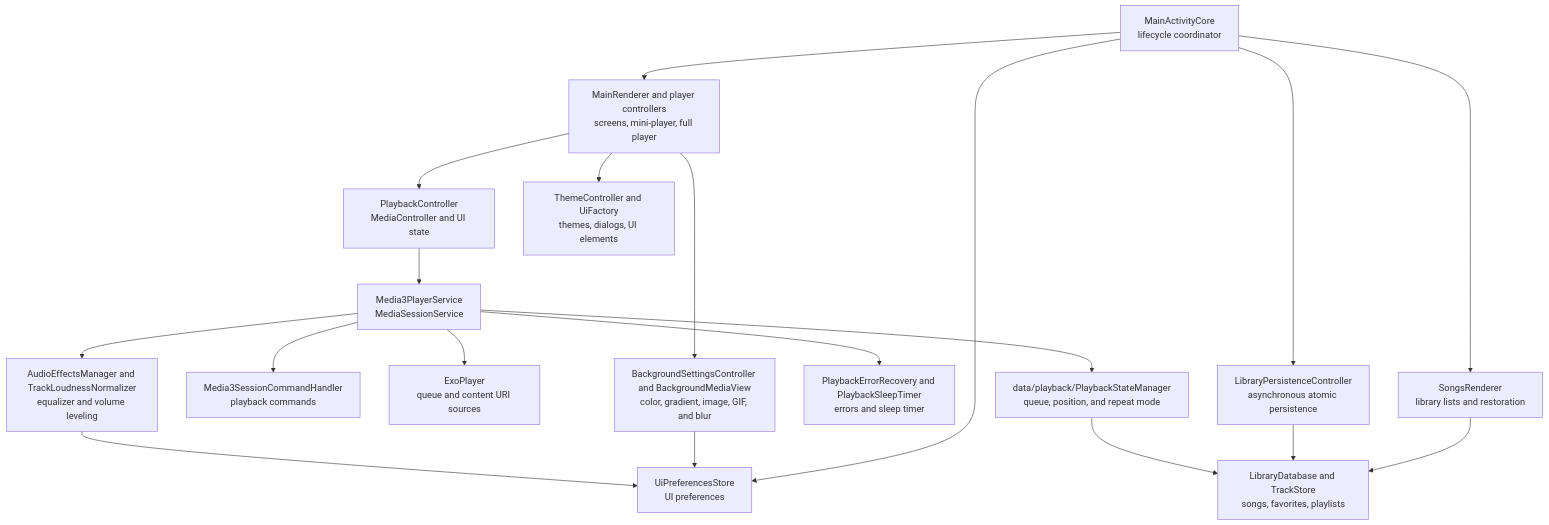
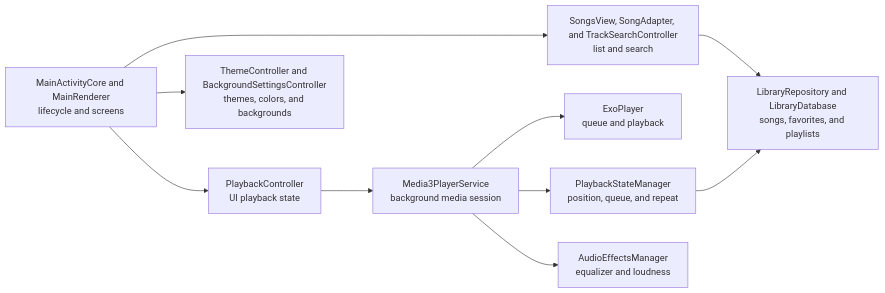
The second of 2 diagrams in README.md (dumuzeyn/MP3-Player-Voltune), drawn with Mermaid before and after one commit. The commit also changed other lines of this file and 1 other file, not shown here.

````diff
--- a/README.md
+++ b/README.md
@@ -177,37 +250,22 @@
 ```mermaid
-flowchart TD
-    ACT["MainActivityCore<br/>lifecycle coordinator"]
-    UI["MainRenderer and player controllers<br/>screens, mini-player, full player"]
-    SONGS["SongsRenderer<br/>library lists and restoration"]
-    CLIENT["PlaybackController<br/>MediaController and UI state"]
-    SERVICE["Media3PlayerService<br/>MediaSessionService"]
-    COMMANDS["Media3SessionCommandHandler<br/>playback commands"]
-    ENGINE["ExoPlayer<br/>queue and content URI sources"]
-    STATE["data/playback/PlaybackStateManager<br/>queue, position, and repeat mode"]
-    RECOVERY["PlaybackErrorRecovery and PlaybackSleepTimer<br/>errors and sleep timer"]
-    DATA["LibraryDatabase and TrackStore<br/>songs, favorites, playlists"]
-    PERSIST["LibraryPersistenceController<br/>asynchronous atomic persistence"]
-    STYLE["ThemeController and UiFactory<br/>themes, dialogs, UI elements"]
-    BACKGROUND["BackgroundSettingsController and BackgroundMediaView<br/>color, gradient, image, GIF, and blur"]
-    AUDIO["AudioEffectsManager and TrackLoudnessNormalizer<br/>equalizer and volume leveling"]
-    PREFS["UiPreferencesStore<br/>UI preferences"]
+flowchart LR
+    UI["MainActivityCore and MainRenderer<br/>lifecycle and screens"]
+    LIB["LibraryRepository and LibraryDatabase<br/>songs, favorites, and playlists"]
+    SONGS["SongsView, SongAdapter, and TrackSearchController<br/>list and search"]
+    CONTROL["PlaybackController<br/>UI playback state"]
+    SERVICE["Media3PlayerService<br/>background media session"]
+    ENGINE["ExoPlayer<br/>queue and playback"]
+    STATE["PlaybackStateManager<br/>position, queue, and repeat"]
+    AUDIO["AudioEffectsManager<br/>equalizer and loudness"]
+    STYLE["ThemeController and BackgroundSettingsController<br/>themes, colors, and backgrounds"]
 
-    ACT --> UI
-    ACT --> SONGS
-    ACT --> PREFS
-    SONGS --> DATA
-    ACT --> PERSIST
-    PERSIST --> DATA
-    UI --> CLIENT
-    CLIENT --> SERVICE
-    SERVICE --> COMMANDS
+    UI --> SONGS
+    SONGS --> LIB
+    UI --> CONTROL
+    CONTROL --> SERVICE
     SERVICE --> ENGINE
     SERVICE --> STATE
-    SERVICE --> RECOVERY
     SERVICE --> AUDIO
-    STATE --> DATA
+    STATE --> LIB
     UI --> STYLE
-    UI --> BACKGROUND
-    BACKGROUND --> PREFS
-    AUDIO --> PREFS
 ```
````
